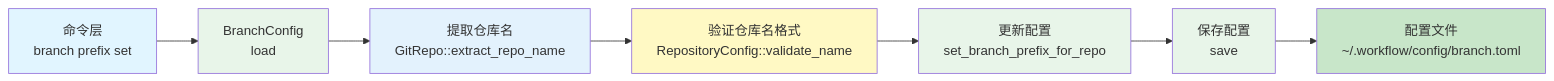
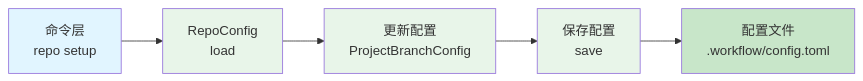
The third of 3 diagrams in docs/architecture/lib/BRANCH_ARCHITECTURE.md (zevwings/workflow.rs), drawn with Mermaid before and after one commit. The commit also changed other lines of this file and 58 other files, not shown here.

````diff
--- a/docs/architecture/lib/BRANCH_ARCHITECTURE.md
+++ b/docs/architecture/lib/BRANCH_ARCHITECTURE.md
@@ -401,18 +322,14 @@
 ```mermaid
 flowchart LR
-    Command[命令层<br/>branch prefix set] --> Config[BranchConfig<br/>load]
+    Command[命令层<br/>repo setup] --> Config[RepoConfig<br/>load]
 
-    Config --> Repo[提取仓库名<br/>GitRepo::extract_repo_name]
-    Repo --> Validate[验证仓库名格式<br/>RepositoryConfig::validate_name]
-    Validate --> Update[更新配置<br/>set_branch_prefix_for_repo]
+    Config --> Update[更新配置<br/>ProjectBranchConfig]
     Update --> Save[保存配置<br/>save]
-    Save --> File[配置文件<br/>~/.workflow/config/branch.toml]
+    Save --> File[配置文件<br/>.workflow/config.toml]
 
     style Command fill:#e1f5ff
     style Config fill:#e8f5e9
-    style Repo fill:#e3f2fd
-    style Validate fill:#fff9c4
     style Update fill:#e8f5e9
     style Save fill:#e8f5e9
     style File fill:#c8e6c9
 ```
````
